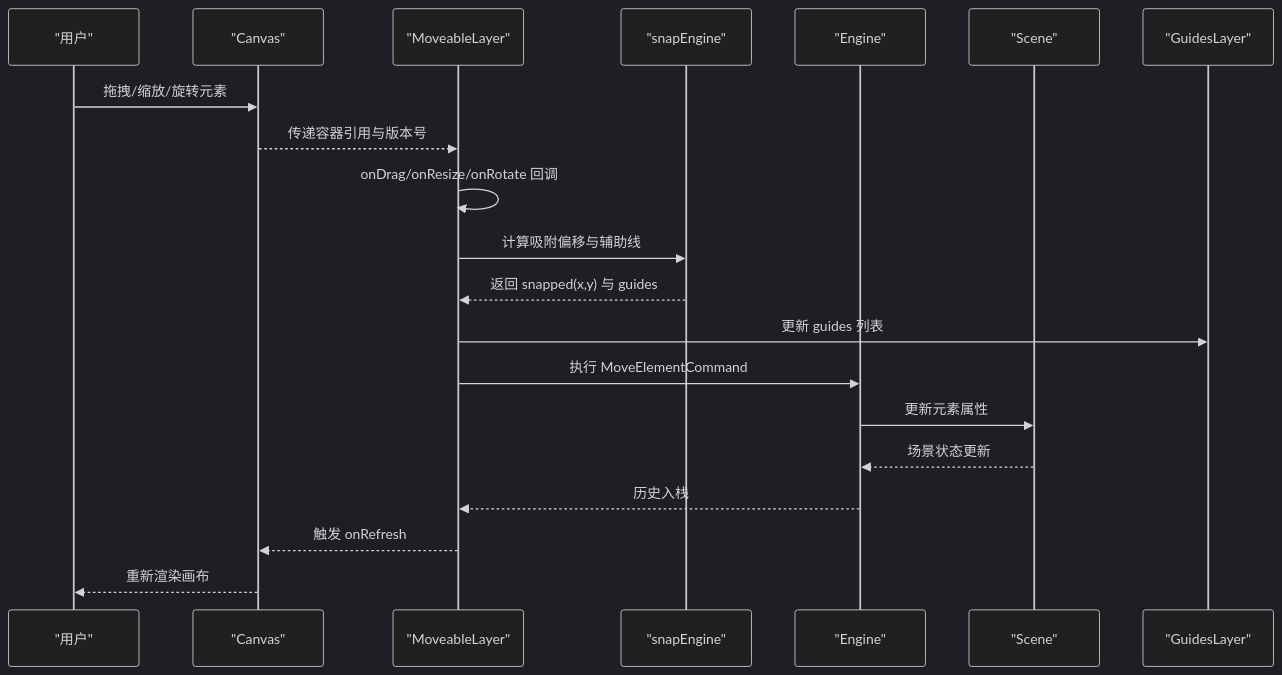
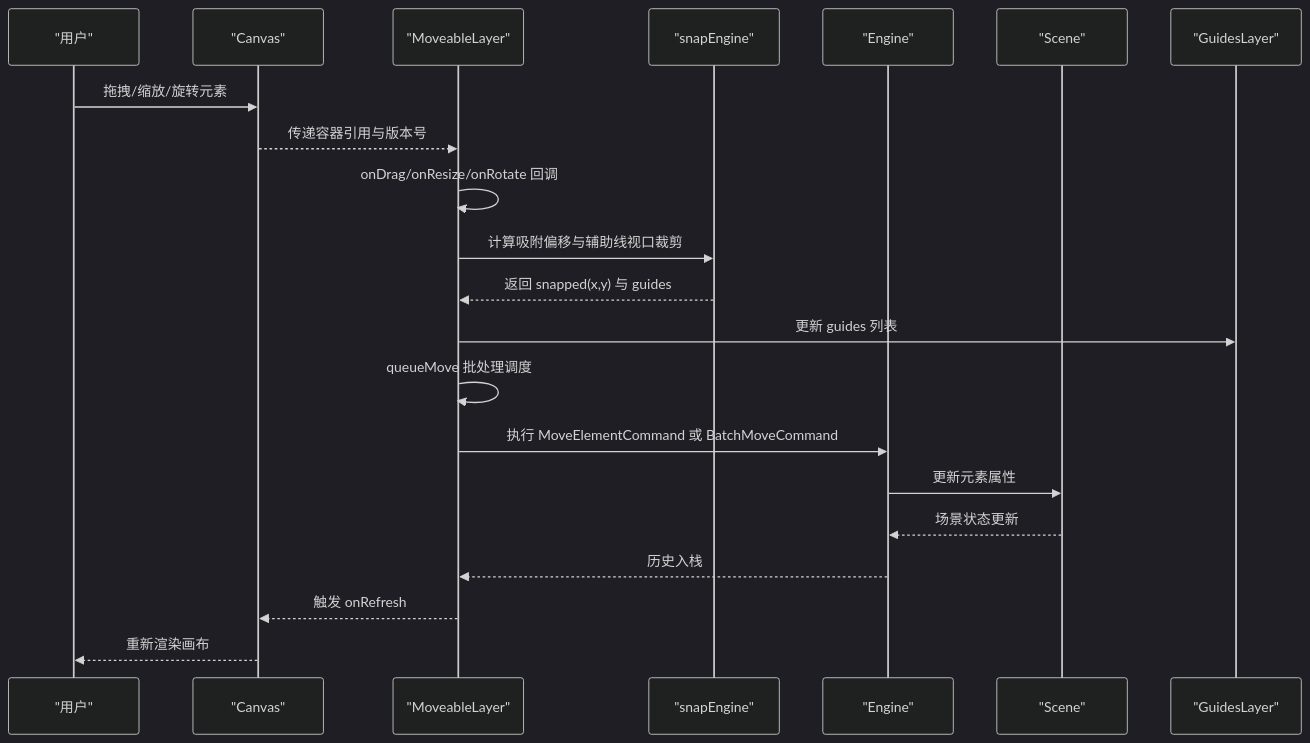
One commit to Anna0314zy/ai_editor_enginer changed the second of 8 diagrams in .qoder/repowiki/zh/content/UI组件系统/移动控制层 (MoveableLayer).md. Above: the diagram before and after it, drawn with Mermaid (dark theme). The commit also changed other lines of this file and 7 other files, not shown here.

````diff
--- a/.qoder/repowiki/zh/content/UI组件系统/移动控制层 (MoveableLayer).md
+++ b/.qoder/repowiki/zh/content/UI组件系统/移动控制层 (MoveableLayer).md
@@ -113,22 +115,23 @@
 ```mermaid
 sequenceDiagram
 participant U as "用户"
 participant C as "Canvas"
 participant ML as "MoveableLayer"
 participant SE as "snapEngine"
 participant E as "Engine"
 participant S as "Scene"
 participant G as "GuidesLayer"
 U->>C : 拖拽/缩放/旋转元素
 C-->>ML : 传递容器引用与版本号
 ML->>ML : onDrag/onResize/onRotate 回调
-ML->>SE : 计算吸附偏移与辅助线
+ML->>SE : 计算吸附偏移与辅助线视口裁剪
 SE-->>ML : 返回 snapped(x,y) 与 guides
 ML->>G : 更新 guides 列表
-ML->>E : 执行 MoveElementCommand
+ML->>ML : queueMove 批处理调度
+ML->>E : 执行 MoveElementCommand 或 BatchMoveCommand
 E->>S : 更新元素属性
 S-->>E : 场景状态更新
 E-->>ML : 历史入栈
 ML-->>C : 触发 onRefresh
 C-->>U : 重新渲染画布
 ```
````
